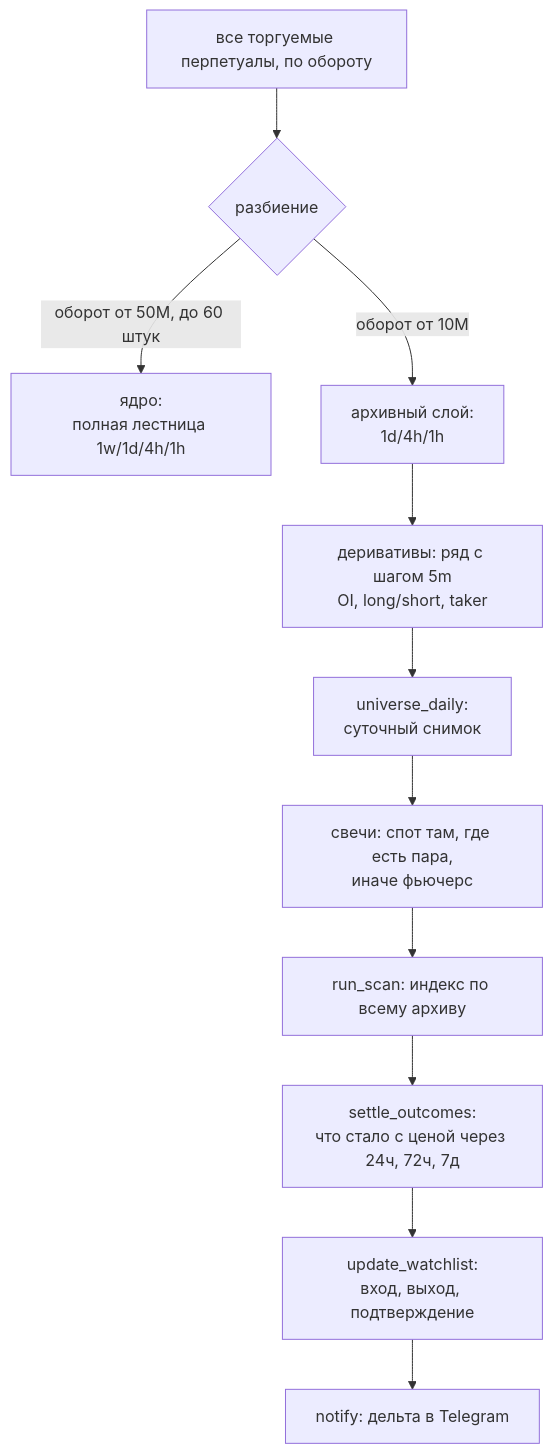
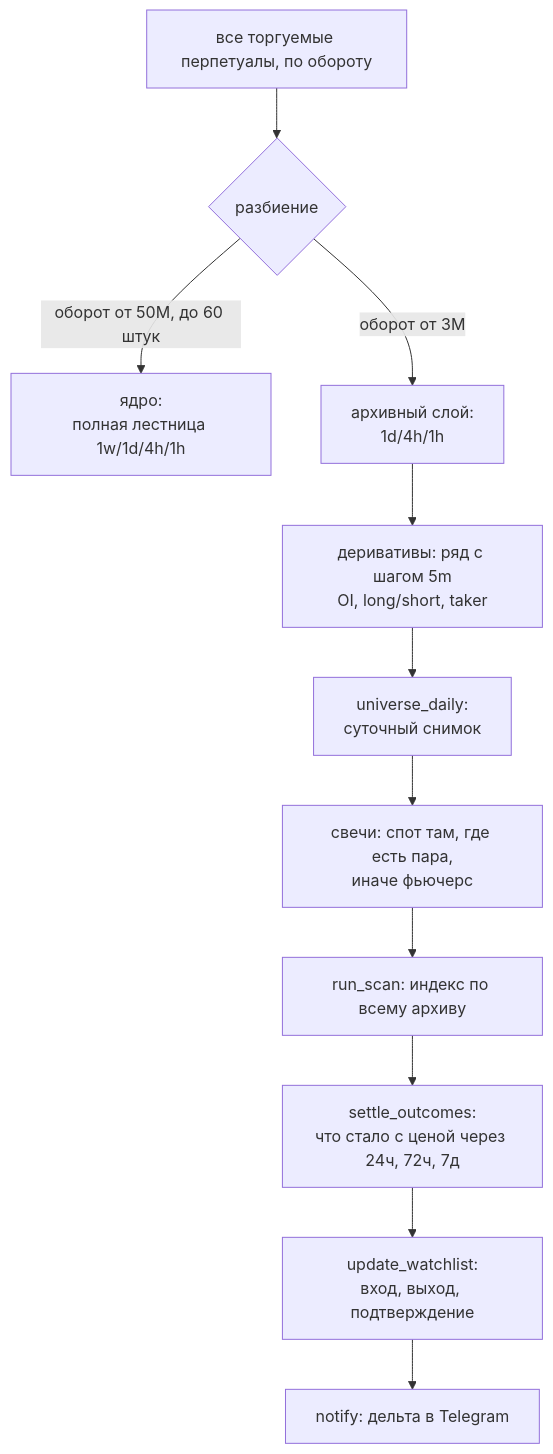
The second of 5 diagrams in ARCHITECTURE.md (demosfen7/cryptomcp), drawn with Mermaid before and after one commit. The commit also changed other lines of this file and 3 other files, not shown here.

First line of the commit message:
Архивный слой: порог 3M вместо 10M, приём новых символов порциями

````diff
--- a/ARCHITECTURE.md
+++ b/ARCHITECTURE.md
@@ -82,14 +82,14 @@
 ```mermaid
 flowchart TD
     A["все торгуемые перпетуалы, по обороту"] --> B{"разбиение"}
     B -->|"оборот от 50M, до 60 штук"| CORE["ядро:<br/>полная лестница 1w/1d/4h/1h"]
-    B -->|"оборот от 10M"| ARCH["архивный слой:<br/>1d/4h/1h"]
+    B -->|"оборот от 3M"| ARCH["архивный слой:<br/>1d/4h/1h"]
 
     ARCH --> D["деривативы: ряд с шагом 5m<br/>OI, long/short, taker"]
     D --> U["universe_daily:<br/>суточный снимок"]
     U --> K["свечи: спот там, где есть пара,<br/>иначе фьючерс"]
     K --> S["run_scan: индекс по всему архиву"]
     S --> O["settle_outcomes:<br/>что стало с ценой через 24ч, 72ч, 7д"]
     O --> W["update_watchlist:<br/>вход, выход, подтверждение"]
     W --> N["notify: дельта в Telegram"]
 ```
````
